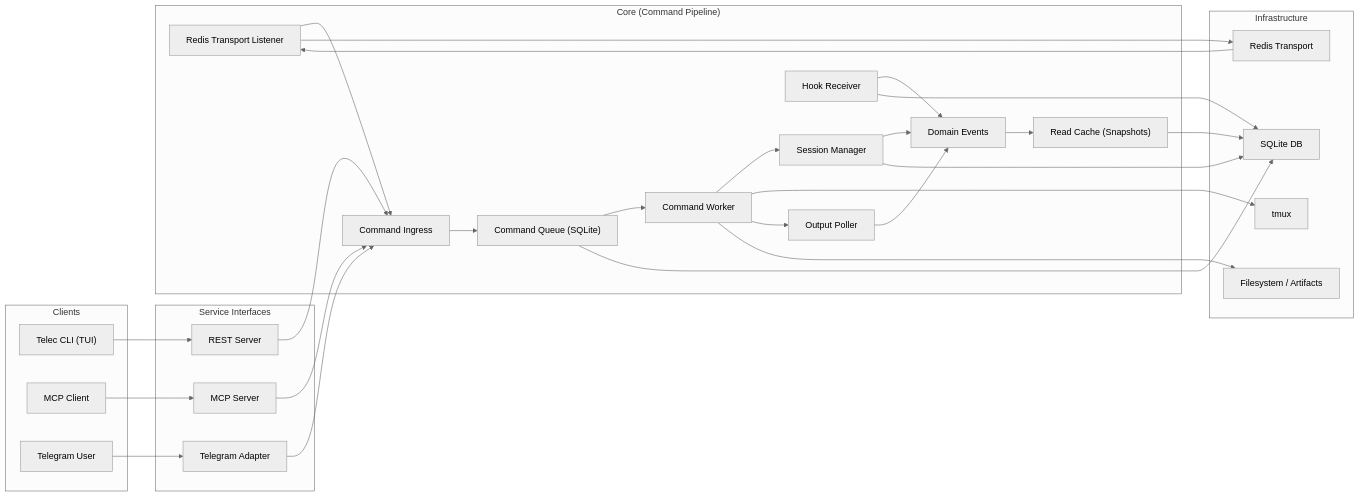
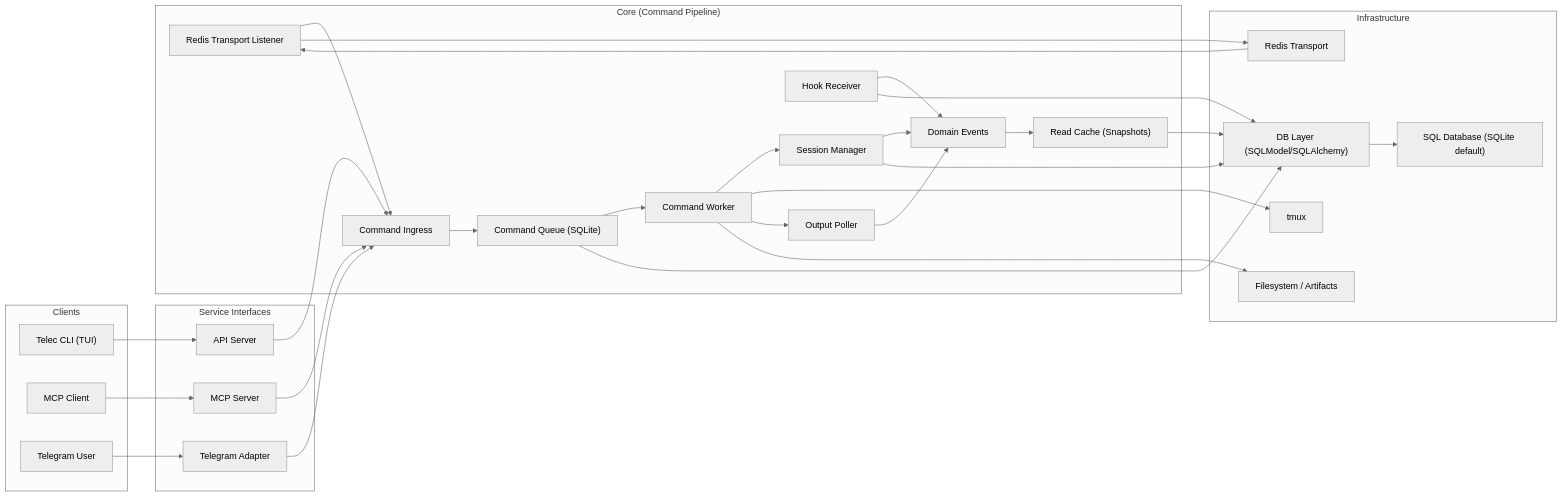
The diagram in docs-v2/architecture.md (InstruktAI/TeleClaude), drawn with Mermaid (neutral theme) before and after one commit. The commit also changed other lines of this file and 83 other files, not shown here.

````diff
--- a/docs-v2/architecture.md
+++ b/docs-v2/architecture.md
@@ -5,63 +5,65 @@
 ```mermaid
 flowchart LR
     subgraph Clients
         TelecCLI["Telec CLI (TUI)"]
         MCPClient["MCP Client"]
         TGUser["Telegram User"]
     end
 
     subgraph ServiceInterfaces["Service Interfaces"]
-        RESTServer["REST Server"]
+        APIServer["API Server"]
         MCPServer["MCP Server"]
         TGAdapter["Telegram Adapter"]
     end
 
     subgraph Core["Core (Command Pipeline)"]
         Ingress["Command Ingress"]
         Queue["Command Queue (SQLite)"]
         Worker["Command Worker"]
         Sessions["Session Manager"]
         Poller["Output Poller"]
         Hooks["Hook Receiver"]
         Events["Domain Events"]
         Cache["Read Cache (Snapshots)"]
         RedisIngress["Redis Transport Listener"]
     end
 
     subgraph Infrastructure
-        SQLite["SQLite DB"]
+        DBLayer["DB Layer (SQLModel/SQLAlchemy)"]
+        SQLDB["SQL Database (SQLite default)"]
         Redis["Redis Transport"]
         TMUX["tmux"]
         FS["Filesystem / Artifacts"]
     end
 
-    TelecCLI --> RESTServer
+    TelecCLI --> APIServer
     MCPClient --> MCPServer
     TGUser --> TGAdapter
 
-    RESTServer --> Ingress
+    APIServer --> Ingress
     MCPServer --> Ingress
     TGAdapter --> Ingress
     RedisIngress --> Ingress
 
     Ingress --> Queue
     Queue --> Worker
 
     Worker --> Sessions
     Worker --> TMUX
     Worker --> Poller
     Worker --> FS
 
     Poller --> Events
     Hooks --> Events
     Sessions --> Events
     Events --> Cache
 
-    Sessions --> SQLite
-    Queue --> SQLite
-    Hooks --> SQLite
-    Cache --> SQLite
+    Sessions --> DBLayer
+    Queue --> DBLayer
+    Hooks --> DBLayer
+    Cache --> DBLayer
+    DBLayer --> SQLDB
 
     RedisIngress --> Redis
     Redis --> RedisIngress
 ```
````
